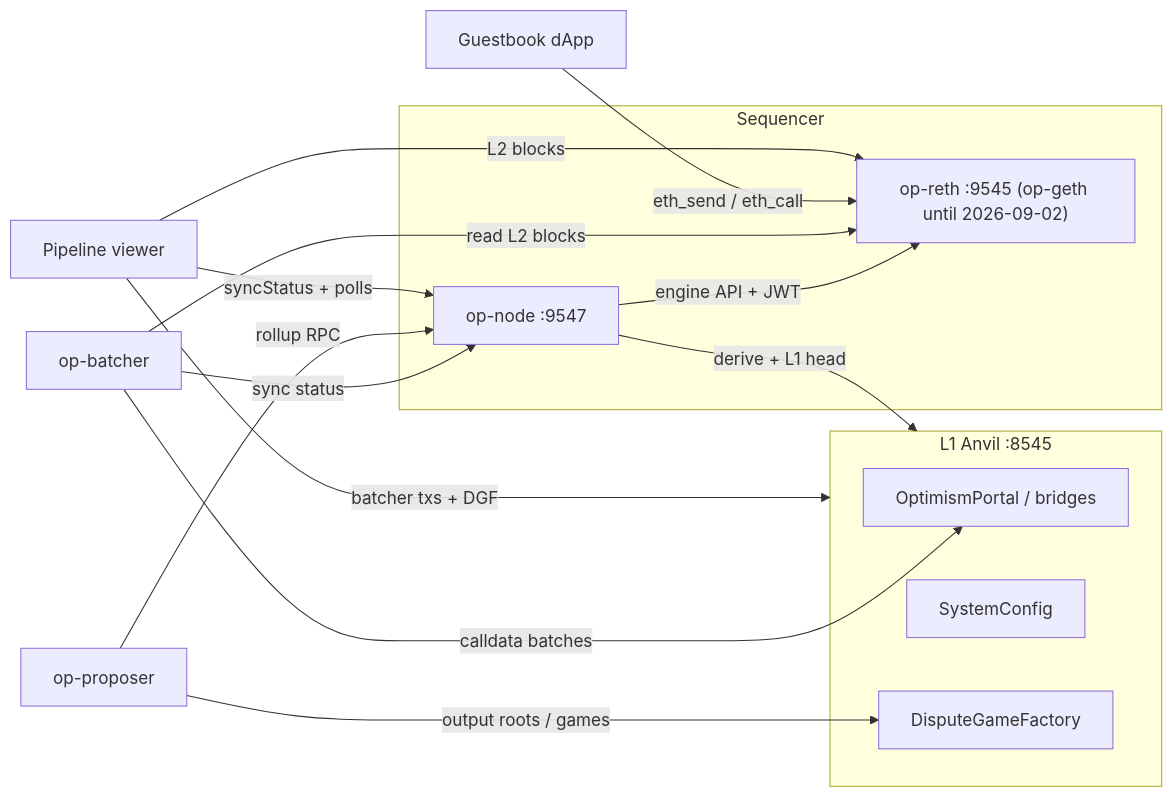
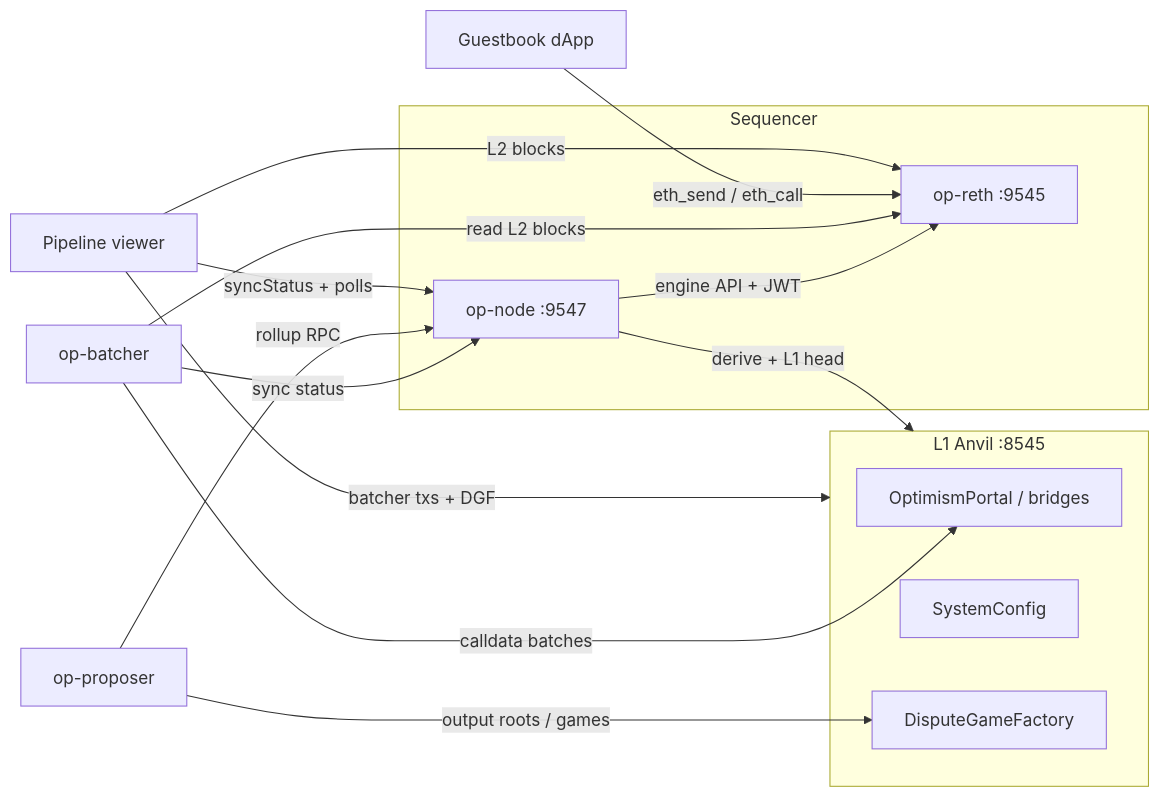
One commit to StephenForte/ForteL2 changed the diagram in README.md. Above: the diagram before and after it, drawn with Mermaid. The commit also changed other lines of this file and 4 other files, not shown here.

````diff
--- a/README.md
+++ b/README.md
@@ -129,23 +129,23 @@
 ```mermaid
 flowchart LR
   subgraph L1["L1 Anvil :8545"]
     Portal[OptimismPortal / bridges]
     SysCfg[SystemConfig]
     DGF[DisputeGameFactory]
   end
   subgraph Seq["Sequencer"]
-    Geth["op-reth :9545 (op-geth until 2026-09-02)"]
+    Geth["op-reth :9545"]
     Node["op-node :9547"]
     Node -->|engine API + JWT| Geth
   end
   Batcher[op-batcher] -->|calldata batches| Portal
   Proposer[op-proposer] -->|output roots / games| DGF
   Node -->|derive + L1 head| L1
   Batcher -->|read L2 blocks| Geth
   Batcher -->|sync status| Node
   Proposer -->|rollup RPC| Node
   Dapp[Guestbook dApp] -->|eth_send / eth_call| Geth
   Viewer[Pipeline viewer] -->|syncStatus + polls| Node
   Viewer -->|batcher txs + DGF| L1
   Viewer -->|L2 blocks| Geth
 ```
````
